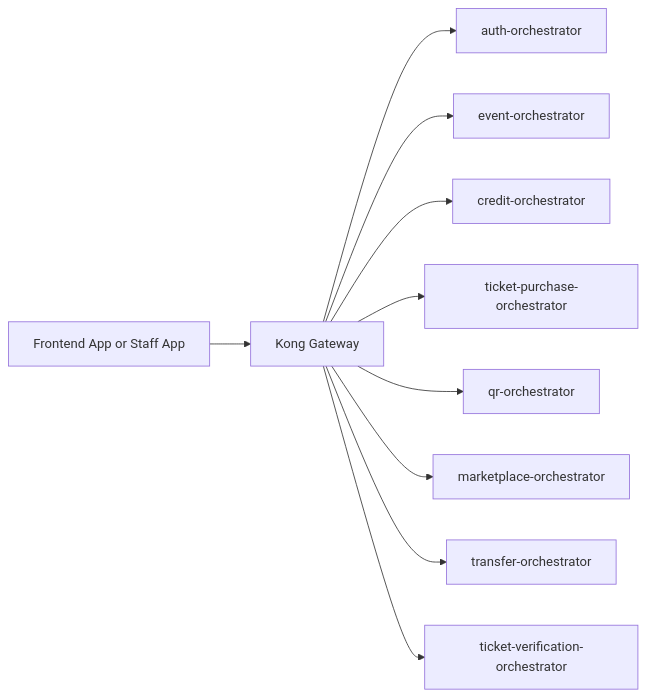
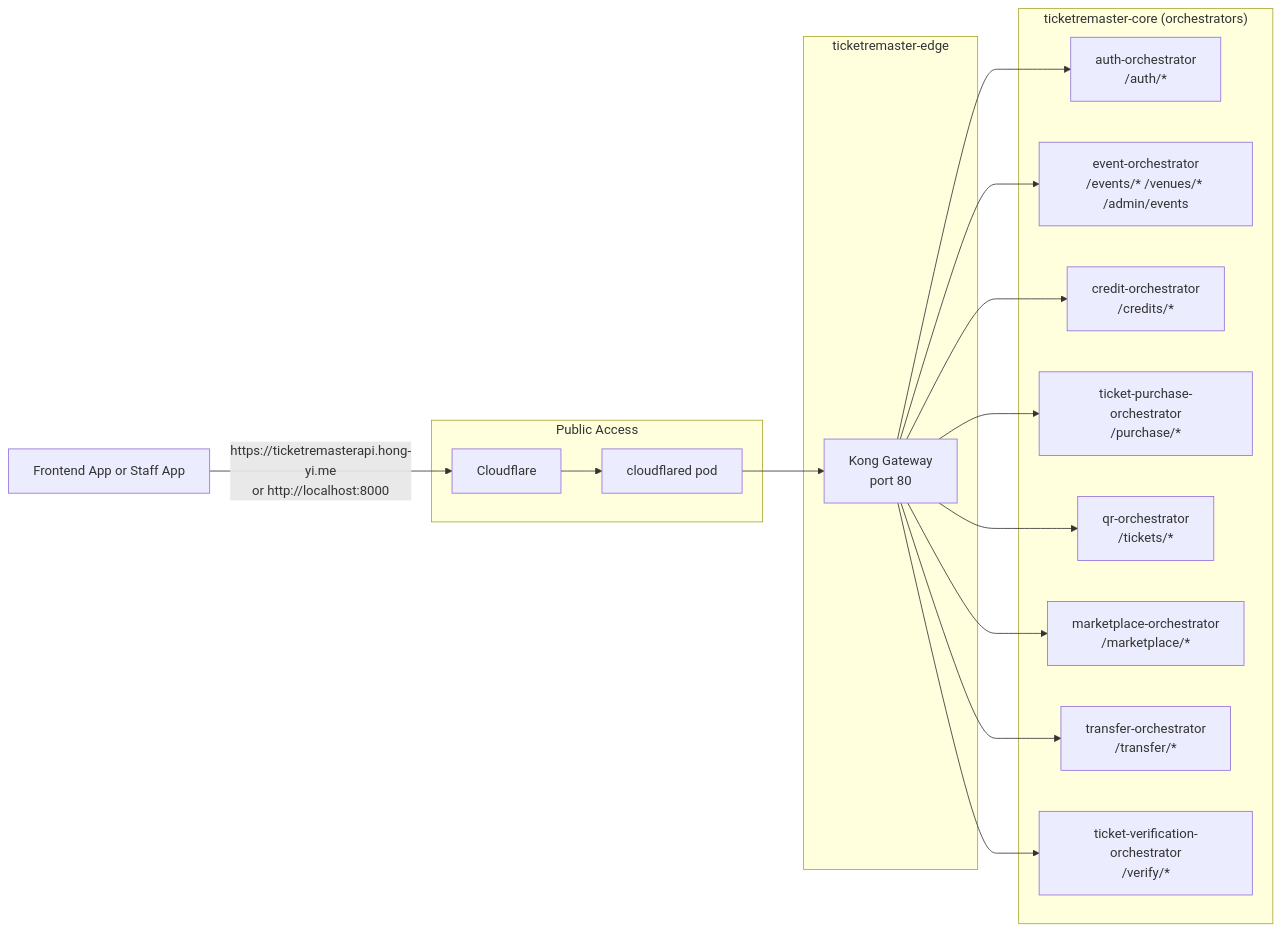
The diagram in diagrams/frontend_gateway_flow.mmd (bryanseah234/ticketremaster-b), drawn with Mermaid before and after one commit. The commit also changed 12 other files, not shown here.

```diff
--- a/diagrams/frontend_gateway_flow.mmd
+++ b/diagrams/frontend_gateway_flow.mmd
@@ -1,10 +1,34 @@
 flowchart LR
-    FE[Frontend App or Staff App] --> Kong[Kong Gateway]
-    Kong --> Auth[auth-orchestrator]
-    Kong --> Event[event-orchestrator]
-    Kong --> Credit[credit-orchestrator]
-    Kong --> Purchase[ticket-purchase-orchestrator]
-    Kong --> QR[qr-orchestrator]
-    Kong --> Market[marketplace-orchestrator]
-    Kong --> Transfer[transfer-orchestrator]
-    Kong --> Verify[ticket-verification-orchestrator]
+    FE[Frontend App or Staff App]
+
+    subgraph Public["Public Access"]
+        CF[Cloudflare]
+        Tunnel[cloudflared pod]
+    end
+
+    subgraph Edge["ticketremaster-edge"]
+        Kong[Kong Gateway\nport 80]
+    end
+
+    subgraph Core["ticketremaster-core (orchestrators)"]
+        Auth[auth-orchestrator\n/auth/*]
+        Event[event-orchestrator\n/events/* /venues/* /admin/events]
+        Credit[credit-orchestrator\n/credits/*]
+        Purchase[ticket-purchase-orchestrator\n/purchase/*]
+        QR[qr-orchestrator\n/tickets/*]
+        Market[marketplace-orchestrator\n/marketplace/*]
+        Transfer[transfer-orchestrator\n/transfer/*]
+        Verify[ticket-verification-orchestrator\n/verify/*]
+    end
+
+    FE -->|"https://ticketremasterapi.hong-yi.me\nor http://localhost:8000"| CF
+    CF --> Tunnel
+    Tunnel --> Kong
+    Kong --> Auth
+    Kong --> Event
+    Kong --> Credit
+    Kong --> Purchase
+    Kong --> QR
+    Kong --> Market
+    Kong --> Transfer
+    Kong --> Verify
```
